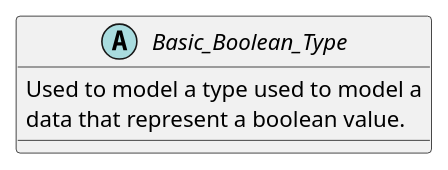
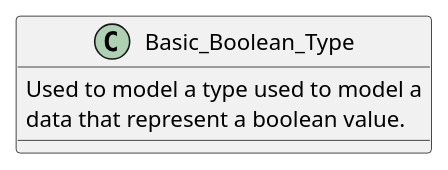
Before and after one commit to HomeMadeBots/Embedded_Software_Meta_Model: the diagram in Meta-Classes/Basic_Boolean_Type.puml, drawn with PlantUML. The commit also changed 7 other files, not shown here.

```diff
--- a/Meta-Classes/Basic_Boolean_Type.puml
+++ b/Meta-Classes/Basic_Boolean_Type.puml
@@ -1,9 +1,9 @@
 @startuml
 
-abstract class Basic_Boolean_Type
+class Basic_Boolean_Type
 {
   Used to model a type used to model a
   data that represent a boolean value.
 }
 
 @enduml
```
